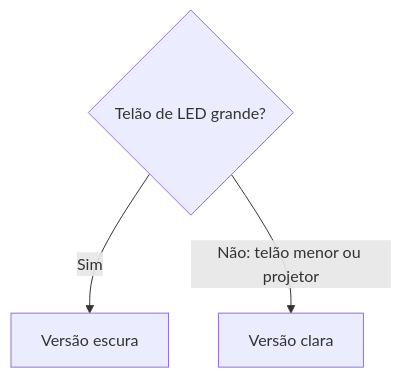
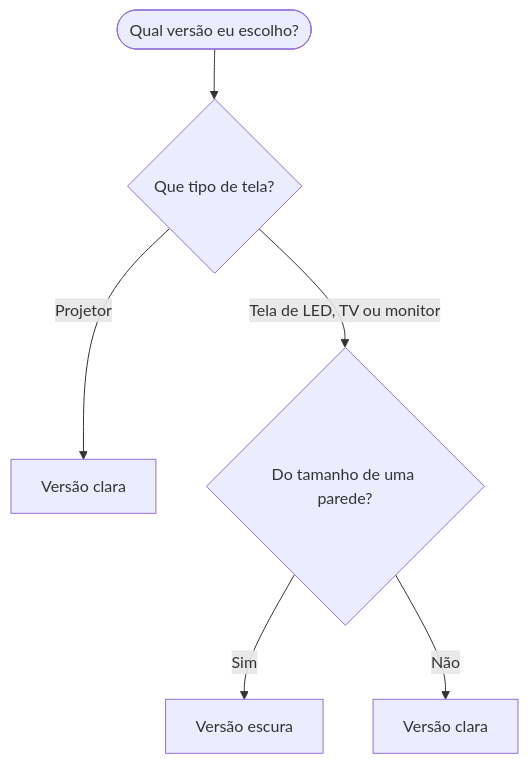
The diagram in README.md (rodbv/pybr2026-slides), drawn with Mermaid before and after one commit. The commit also changed other lines of this file, not shown here.

Commit message:
docs(readme): split the theme decision by screen type and size

````diff
--- a/README.md
+++ b/README.md
@@ -47,5 +47,8 @@
 ```mermaid
 flowchart TD
-  tela{"Telão de LED grande?"} -->|"Sim"| escuro["Versão escura"]
-  tela -->|"Não: telão menor ou projetor"| claro["Versão clara"]
+  inicio(["Qual versão eu escolho?"]) --> tipo{"Que tipo de tela?"}
+  tipo -->|"Projetor"| claro1["Versão clara"]
+  tipo -->|"Tela de LED, TV ou monitor"| tamanho{"Do tamanho de uma parede?"}
+  tamanho -->|"Sim"| escuro["Versão escura"]
+  tamanho -->|"Não"| claro2["Versão clara"]
 ```
````
